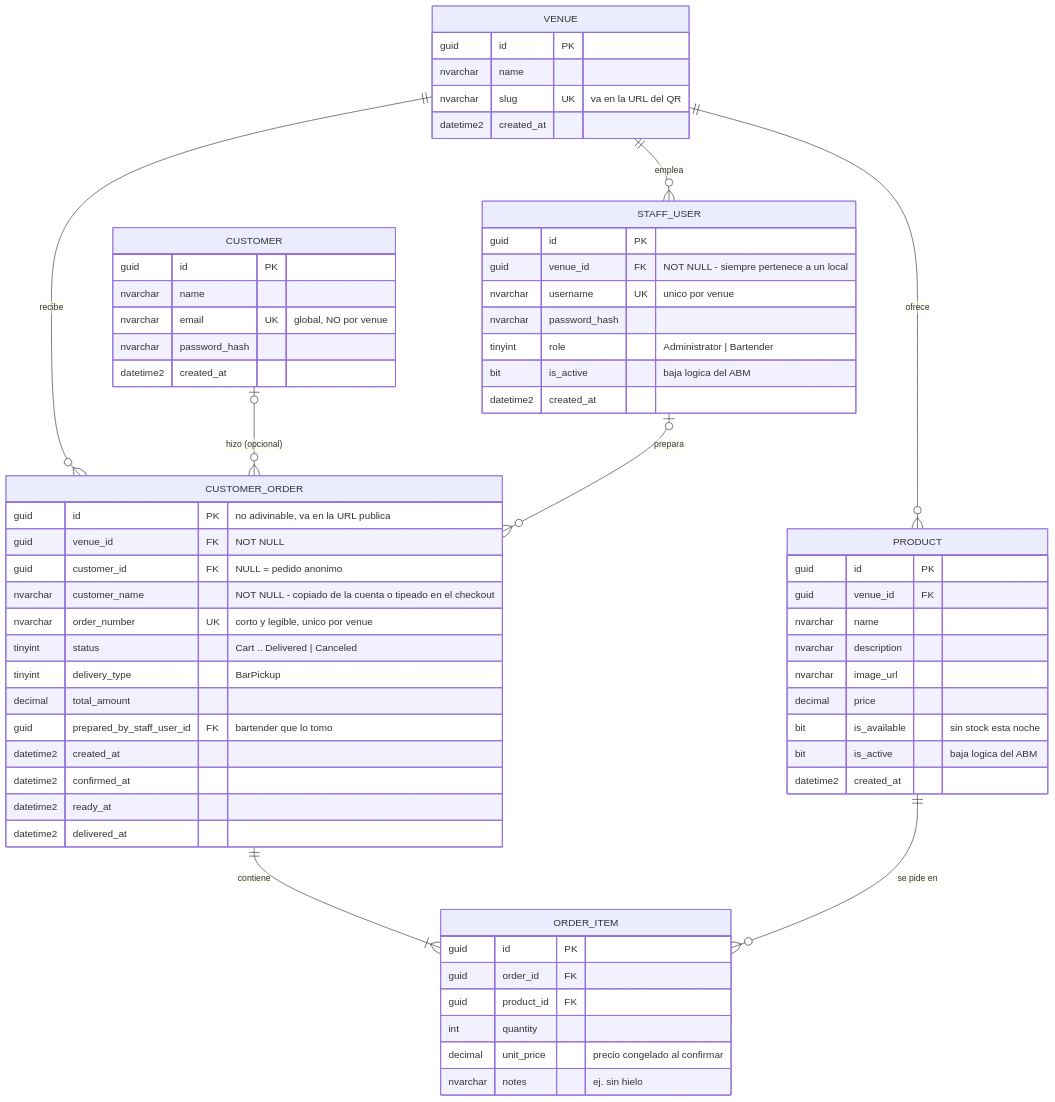
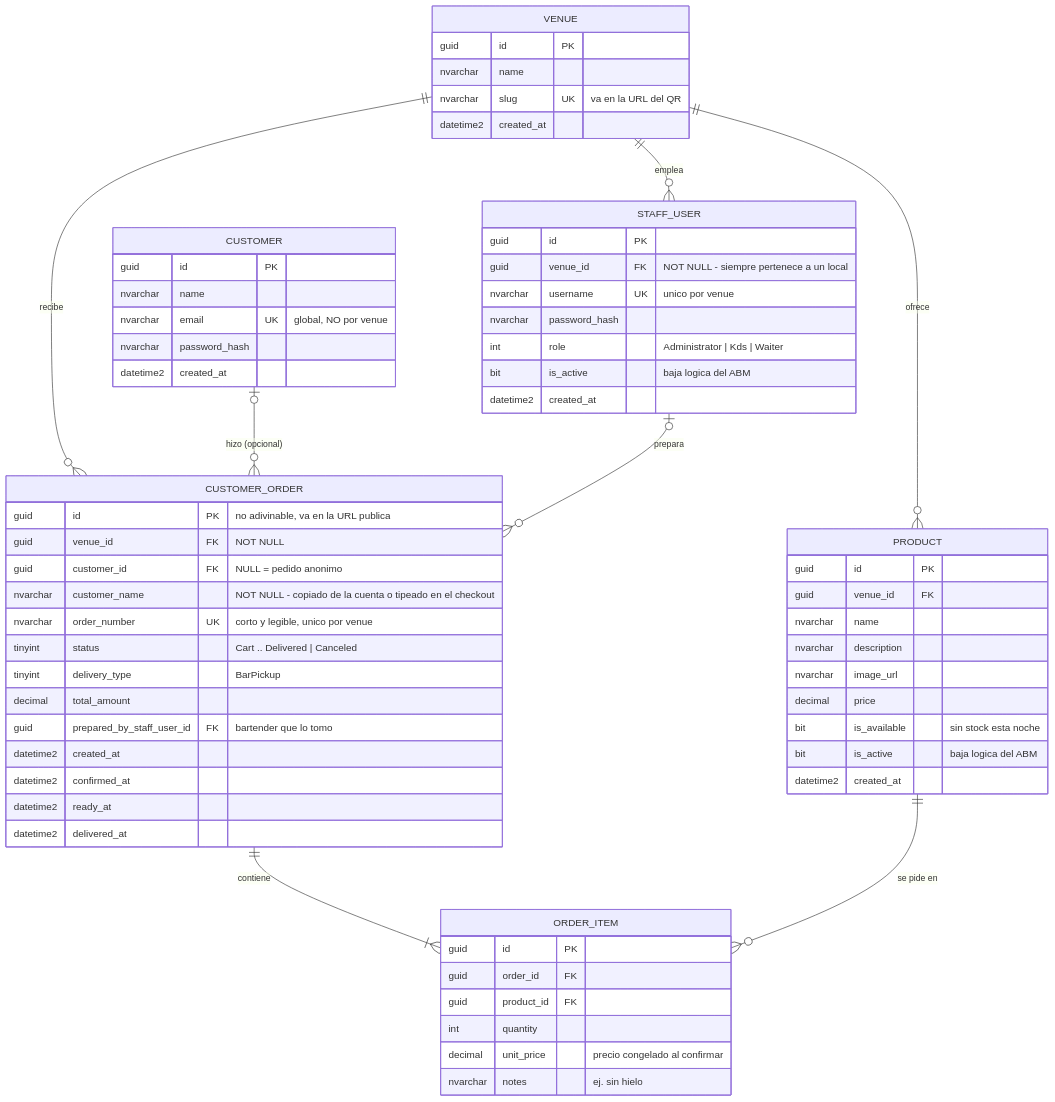
The first of 2 diagrams in docs/modelo-de-datos.md (uca-argentina/pid-2026-littlehorse), drawn with Mermaid before and after one commit. The commit also changed other lines of this file and 67 other files, not shown here.

````diff
--- a/docs/modelo-de-datos.md
+++ b/docs/modelo-de-datos.md
@@ -8,72 +8,72 @@
 ```mermaid
 erDiagram
     VENUE ||--o{ STAFF_USER : emplea
     VENUE ||--o{ PRODUCT : ofrece
     VENUE ||--o{ CUSTOMER_ORDER : recibe
     CUSTOMER |o--o{ CUSTOMER_ORDER : "hizo (opcional)"
     STAFF_USER |o--o{ CUSTOMER_ORDER : prepara
     CUSTOMER_ORDER ||--|{ ORDER_ITEM : contiene
     PRODUCT ||--o{ ORDER_ITEM : "se pide en"
 
     VENUE {
         guid id PK
         nvarchar name
         nvarchar slug UK "va en la URL del QR"
         datetime2 created_at
     }
 
     STAFF_USER {
         guid id PK
         guid venue_id FK "NOT NULL - siempre pertenece a un local"
         nvarchar username UK "unico por venue"
         nvarchar password_hash
-        tinyint role "Administrator | Bartender"
+        int role "Administrator | Kds | Waiter"
         bit is_active "baja logica del ABM"
         datetime2 created_at
     }
 
     CUSTOMER {
         guid id PK
         nvarchar name
         nvarchar email UK "global, NO por venue"
         nvarchar password_hash
         datetime2 created_at
     }
 
     PRODUCT {
         guid id PK
         guid venue_id FK
         nvarchar name
         nvarchar description
         nvarchar image_url
         decimal price
         bit is_available "sin stock esta noche"
         bit is_active "baja logica del ABM"
         datetime2 created_at
     }
 
     CUSTOMER_ORDER {
         guid id PK "no adivinable, va en la URL publica"
         guid venue_id FK "NOT NULL"
         guid customer_id FK "NULL = pedido anonimo"
         nvarchar customer_name "NOT NULL - copiado de la cuenta o tipeado en el checkout"
         nvarchar order_number UK "corto y legible, unico por venue"
         tinyint status "Cart .. Delivered | Canceled"
         tinyint delivery_type "BarPickup"
         decimal total_amount
         guid prepared_by_staff_user_id FK "bartender que lo tomo"
         datetime2 created_at
         datetime2 confirmed_at
         datetime2 ready_at
         datetime2 delivered_at
     }
 
     ORDER_ITEM {
         guid id PK
         guid order_id FK
         guid product_id FK
         int quantity
         decimal unit_price "precio congelado al confirmar"
         nvarchar notes "ej. sin hielo"
     }
 ```
````
